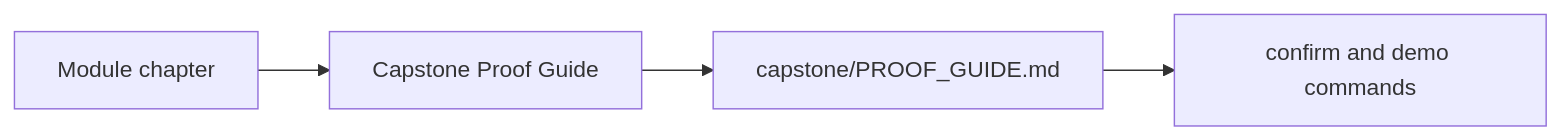
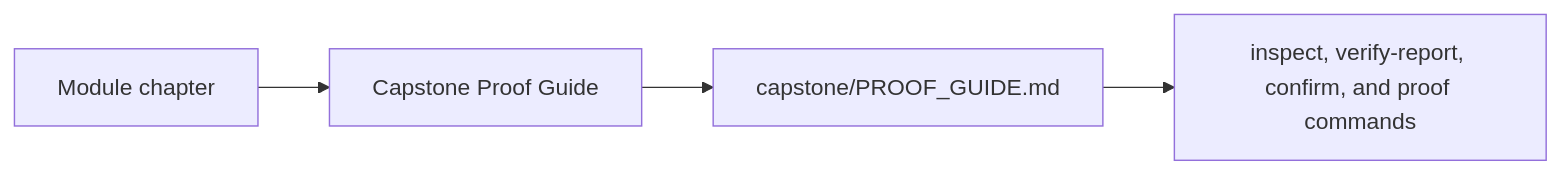
The first of 2 diagrams in programs/python-programming/python-object-oriented-programming/course-book/capstone-proof-guide.md (bijux/bijux-masterclass), drawn with Mermaid before and after one commit. The commit also changed other lines of this file and 5 other files, not shown here.

````diff
--- a/programs/python-programming/python-object-oriented-programming/course-book/capstone-proof-guide.md
+++ b/programs/python-programming/python-object-oriented-programming/course-book/capstone-proof-guide.md
@@ -7,6 +7,6 @@
 ```mermaid
 graph LR
   chapter["Module chapter"] --> proof["Capstone Proof Guide"]
   proof --> capstone["capstone/PROOF_GUIDE.md"]
-  capstone --> commands["confirm and demo commands"]
+  capstone --> commands["inspect, verify-report, confirm, and proof commands"]
 ```
````
